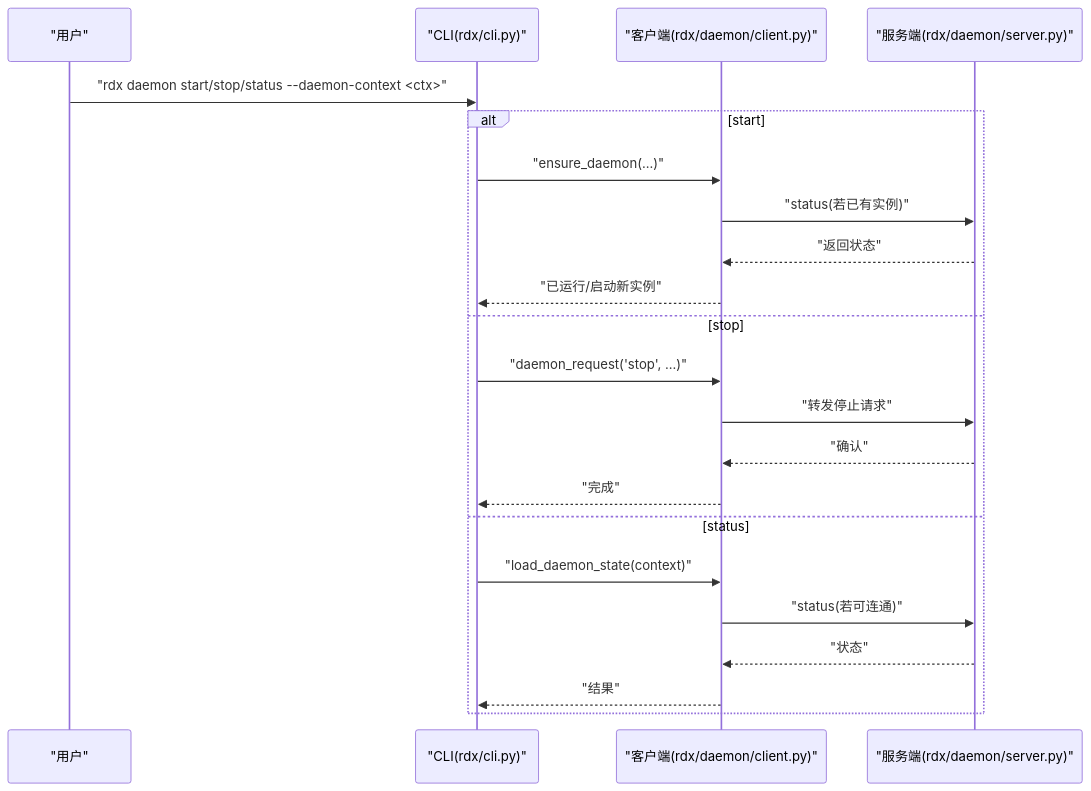
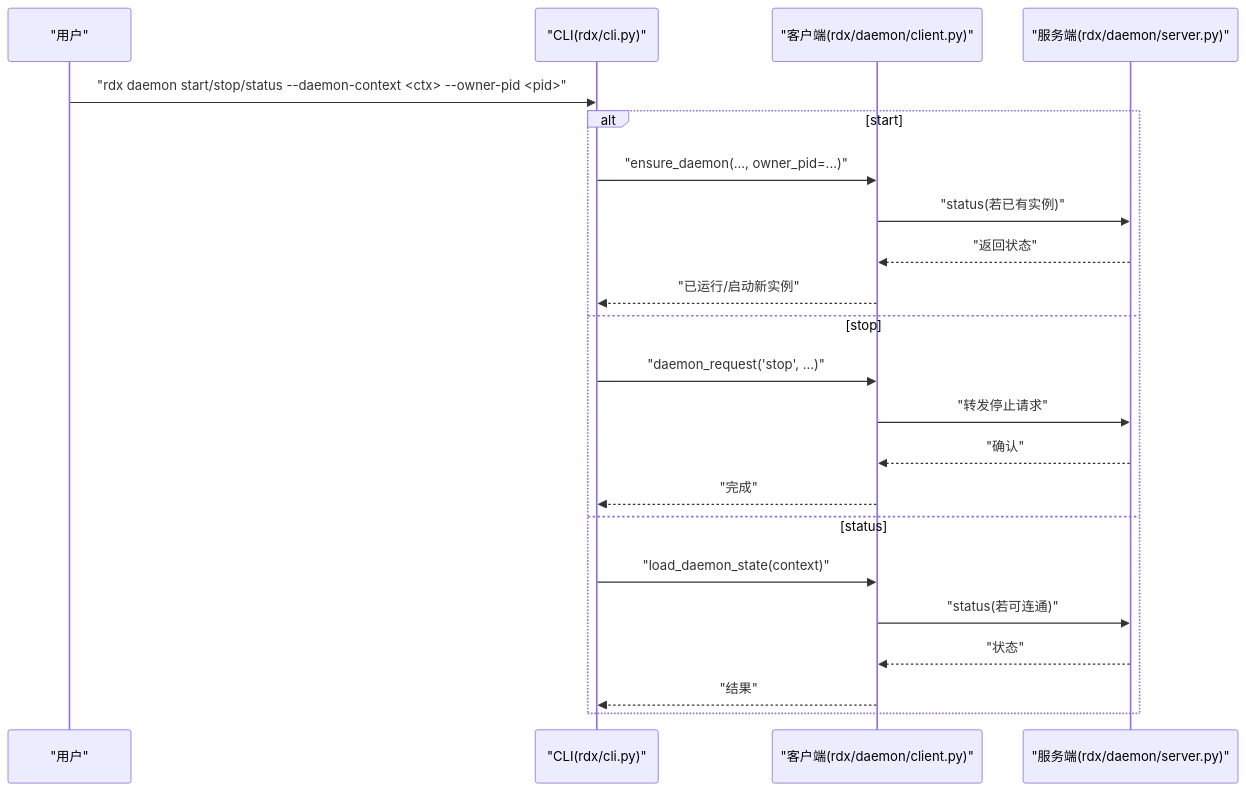
Before and after one commit to haolange/RDC-Tool: the second of 6 diagrams in .qoder/repowiki/zh/content/CLI命令参考/守护进程命令.md, drawn with Mermaid. The commit also changed other lines of this file and 4 other files, not shown here.

````diff
--- a/.qoder/repowiki/zh/content/CLI命令参考/守护进程命令.md
+++ b/.qoder/repowiki/zh/content/CLI命令参考/守护进程命令.md
@@ -102,24 +116,24 @@
 ```mermaid
 sequenceDiagram
 participant U as "用户"
 participant C as "CLI(rdx/cli.py)"
 participant CC as "客户端(rdx/daemon/client.py)"
 participant S as "服务端(rdx/daemon/server.py)"
-U->>C : "rdx daemon start/stop/status --daemon-context <ctx>"
+U->>C : "rdx daemon start/stop/status --daemon-context <ctx> --owner-pid <pid>"
 alt start
-C->>CC : "ensure_daemon(...)"
+C->>CC : "ensure_daemon(..., owner_pid=...)"
 CC->>S : "status(若已有实例)"
 S-->>CC : "返回状态"
 CC-->>C : "已运行/启动新实例"
 else stop
 C->>CC : "daemon_request('stop', ...)"
 CC->>S : "转发停止请求"
 S-->>CC : "确认"
 CC-->>C : "完成"
 else status
 C->>CC : "load_daemon_state(context)"
 CC->>S : "status(若可连通)"
 S-->>CC : "状态"
 CC-->>C : "结果"
 end
 ```
````
